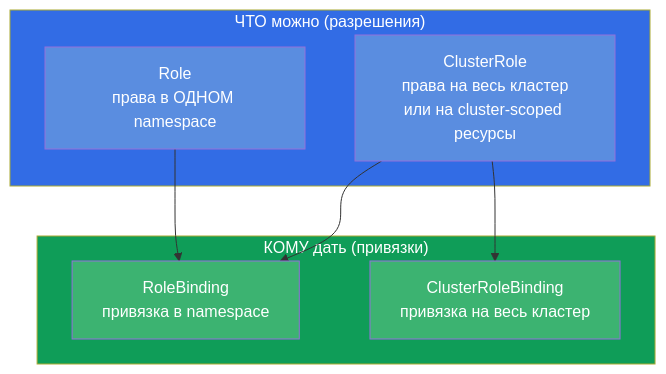
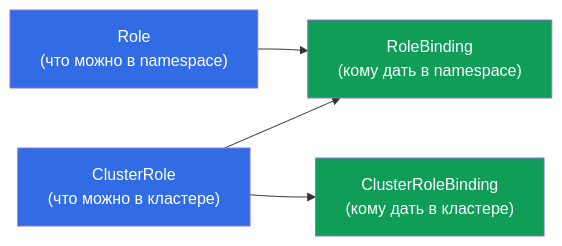
Before and after one commit to ViktorUJ/cks: the first of 6 diagrams in tasks/cka/course/38/ru.md, drawn with Mermaid. The commit also changed other lines of this file and 30 other files, not shown here.

````diff
--- a/tasks/cka/course/38/ru.md
+++ b/tasks/cka/course/38/ru.md
@@ -16,20 +16,11 @@
 ```mermaid
-flowchart TB
-    subgraph What["ЧТО можно (разрешения)"]
-        role["Role<br>права в ОДНОМ namespace"]
-        crole["ClusterRole<br>права на весь кластер<br>или на cluster-scoped ресурсы"]
-    end
-    subgraph Who["КОМУ дать (привязки)"]
-        rb["RoleBinding<br>привязка в namespace"]
-        crb["ClusterRoleBinding<br>привязка на весь кластер"]
-    end
-    role --> rb
-    crole --> rb
-    crole --> crb
-    style What fill:#326ce5,color:#fff
-    style Who fill:#0f9d58,color:#fff
-    style role fill:#5a8de0,color:#fff
-    style crole fill:#5a8de0,color:#fff
-    style rb fill:#3cb371,color:#fff
-    style crb fill:#3cb371,color:#fff
+flowchart LR
+    role["Role<br>(что можно в namespace)"] --> rb["RoleBinding<br>(кому дать в namespace)"]
+    crole["ClusterRole<br>(что можно в кластере)"] --> rb
+    crole --> crb["ClusterRoleBinding<br>(кому дать в кластере)"]
+
+    style role fill:#326ce5,color:#fff
+    style crole fill:#326ce5,color:#fff
+    style rb fill:#0f9d58,color:#fff
+    style crb fill:#0f9d58,color:#fff
 ```
````
